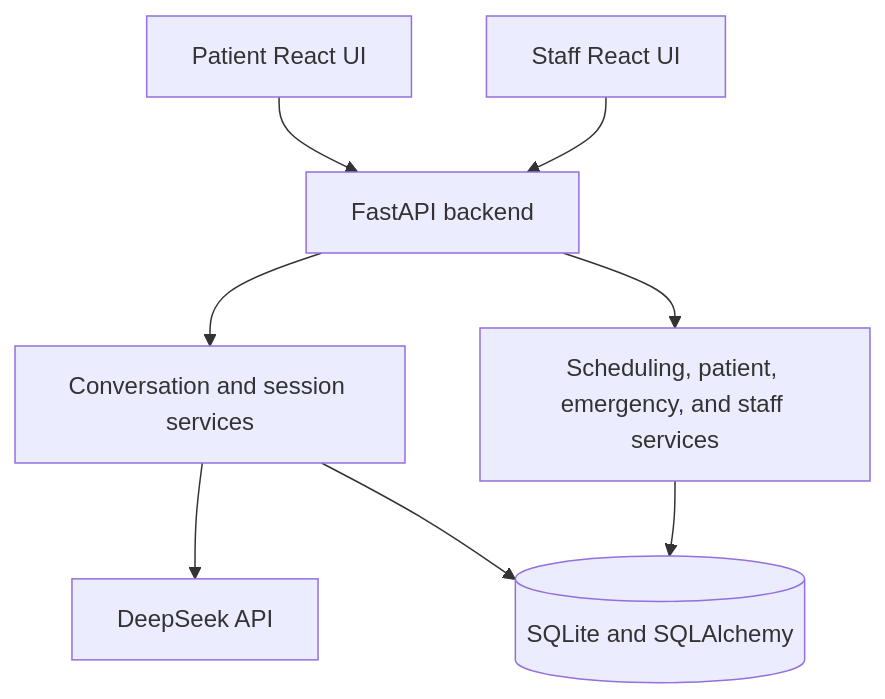
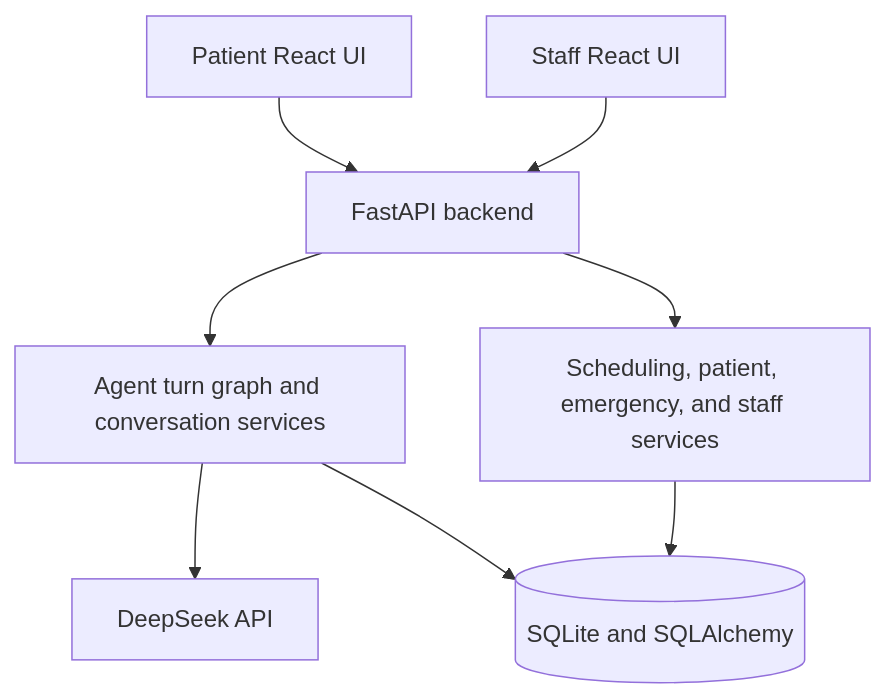
One commit to gokulkaarthicks/dental-chatbot changed the diagram in README.md. Above: the diagram before and after it, drawn with Mermaid. The commit also changed other lines of this file and 280 other files, not shown here.

````diff
--- a/README.md
+++ b/README.md
@@ -45,10 +46,10 @@
 ```mermaid
 flowchart TD
     P[Patient React UI] --> API[FastAPI backend]
     S[Staff React UI] --> API
-    API --> C[Conversation and session services]
+    API --> C[Agent turn graph and conversation services]
     API --> D[Scheduling, patient, emergency, and staff services]
     C --> L[DeepSeek API]
     C --> DB[(SQLite and SQLAlchemy)]
     D --> DB
 ```
````
